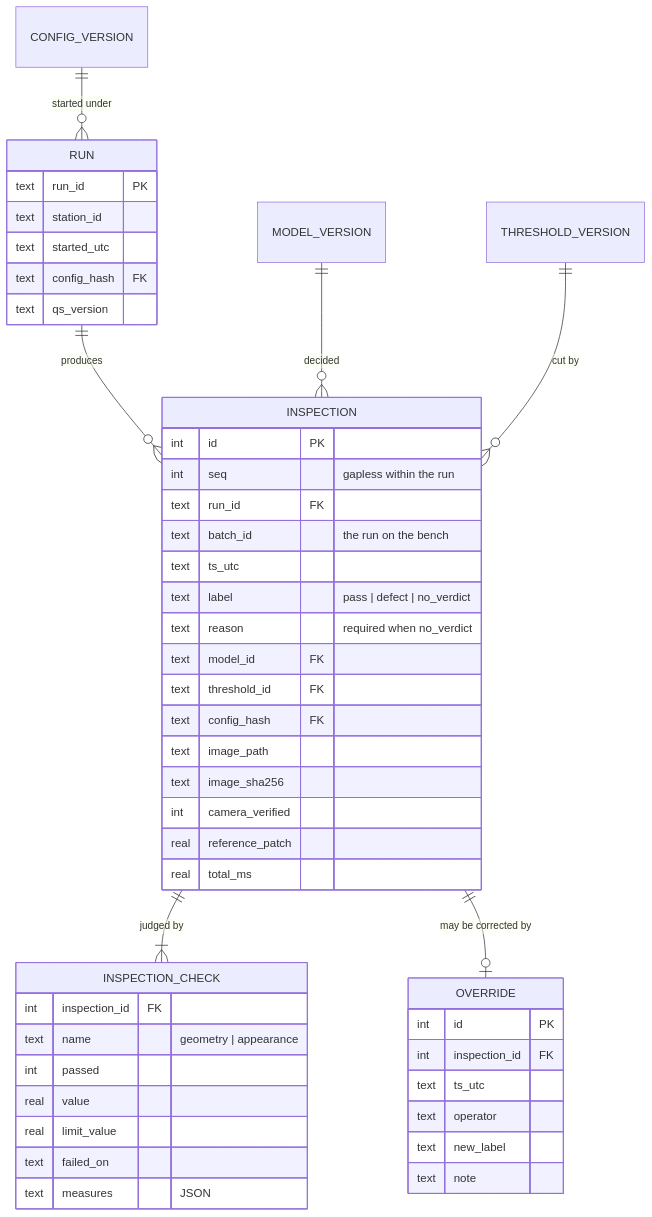
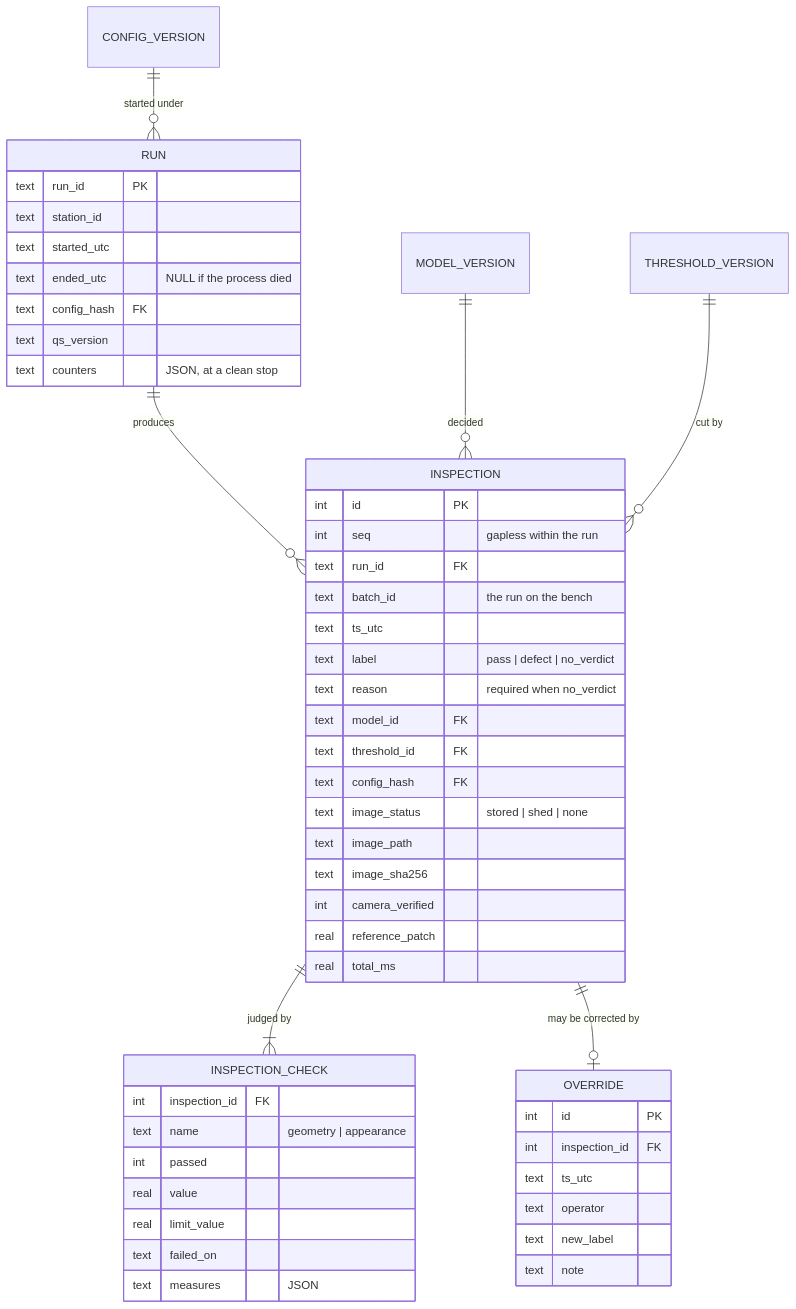
The diagram in docs/12-data-model.md (Ali-Jabowr/qs), drawn with Mermaid before and after one commit. The commit also changed other lines of this file and 4 other files, not shown here.

````diff
--- a/docs/12-data-model.md
+++ b/docs/12-data-model.md
@@ -65,51 +65,54 @@
 ```mermaid
 erDiagram
     RUN ||--o{ INSPECTION : produces
     INSPECTION ||--|{ INSPECTION_CHECK : "judged by"
     INSPECTION ||--o| OVERRIDE : "may be corrected by"
     CONFIG_VERSION ||--o{ RUN : "started under"
     MODEL_VERSION ||--o{ INSPECTION : decided
     THRESHOLD_VERSION ||--o{ INSPECTION : "cut by"
 
     RUN {
         text run_id PK
         text station_id
         text started_utc
+        text ended_utc "NULL if the process died"
         text config_hash FK
         text qs_version
+        text counters "JSON, at a clean stop"
     }
     INSPECTION {
         int  id PK
         int  seq "gapless within the run"
         text run_id FK
         text batch_id "the run on the bench"
         text ts_utc
         text label "pass | defect | no_verdict"
         text reason "required when no_verdict"
         text model_id FK
         text threshold_id FK
         text config_hash FK
+        text image_status "stored | shed | none"
         text image_path
         text image_sha256
         int  camera_verified
         real reference_patch
         real total_ms
     }
     INSPECTION_CHECK {
         int  inspection_id FK
         text name "geometry | appearance"
         int  passed
         real value
         real limit_value
         text failed_on
         text measures "JSON"
     }
     OVERRIDE {
         int  id PK
         int  inspection_id FK
         text ts_utc
         text operator
         text new_label
         text note
     }
 ```
````
